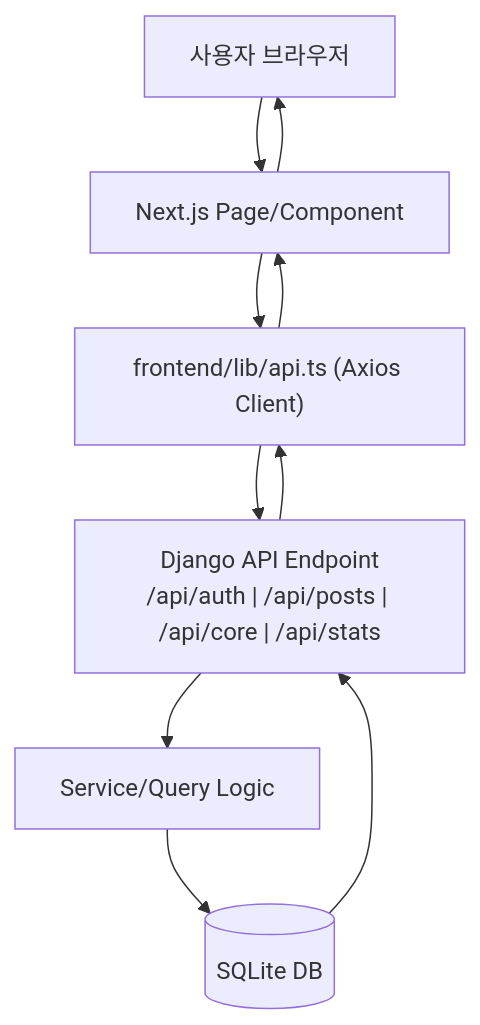
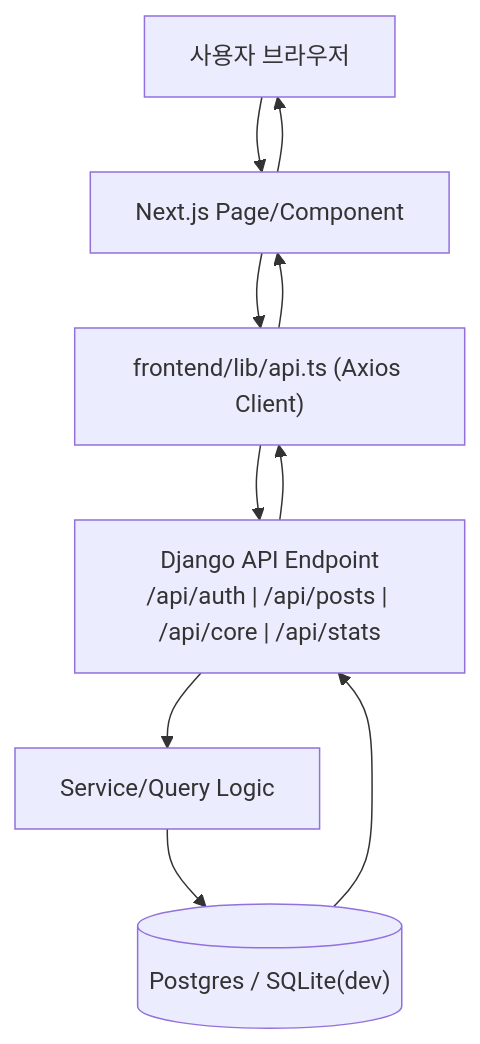
One commit to lshlabs/PromptHub changed the second of 4 diagrams in README.md. Above: the diagram before and after it, drawn with Mermaid. The commit also changed other lines of this file, not shown here.

````diff
--- a/README.md
+++ b/README.md
@@ -56,12 +78,12 @@
 ```mermaid
 flowchart TD
   U["사용자 브라우저"] --> P["Next.js Page/Component"]
   P --> C["frontend/lib/api.ts (Axios Client)"]
   C --> E["Django API Endpoint\n/api/auth | /api/posts | /api/core | /api/stats"]
   E --> S["Service/Query Logic"]
-  S --> D[("SQLite DB")]
+  S --> D[("Postgres / SQLite(dev)")]
   D --> E
   E --> C
   C --> P
   P --> U
 ```
````
